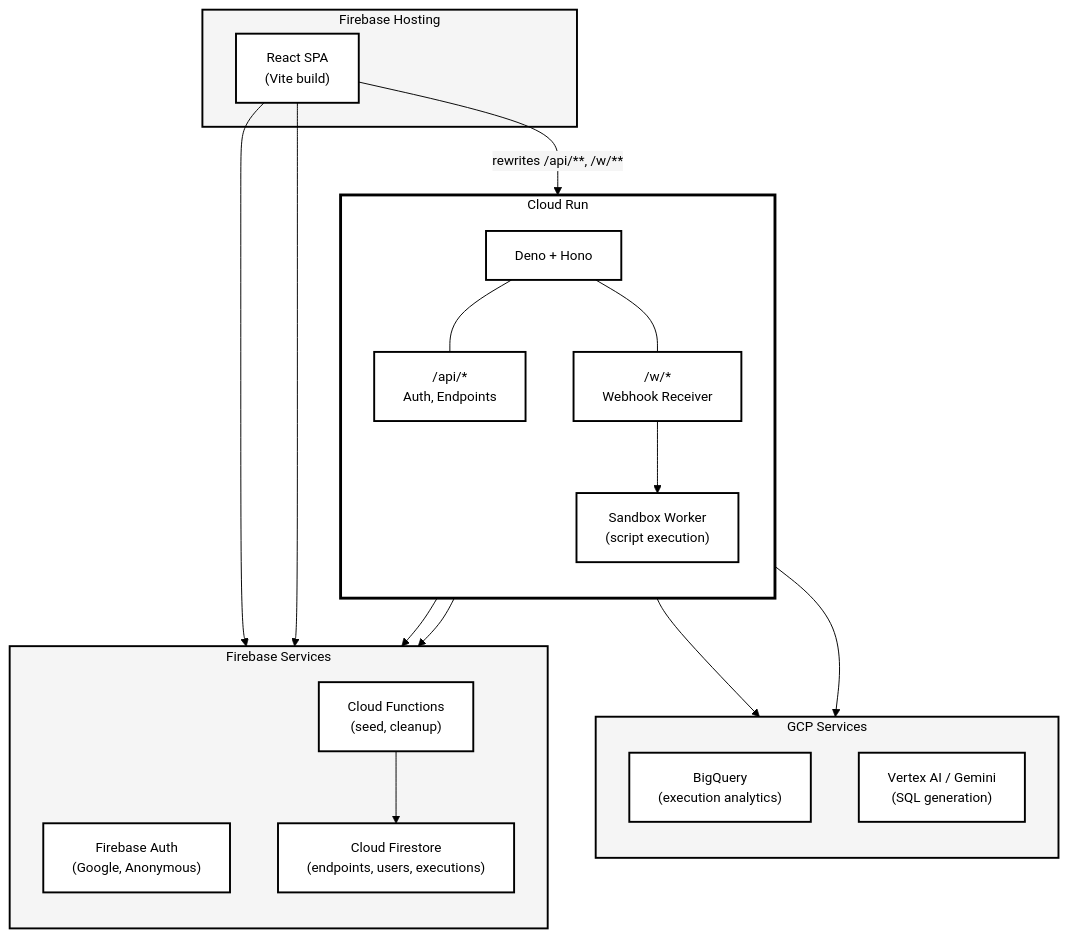
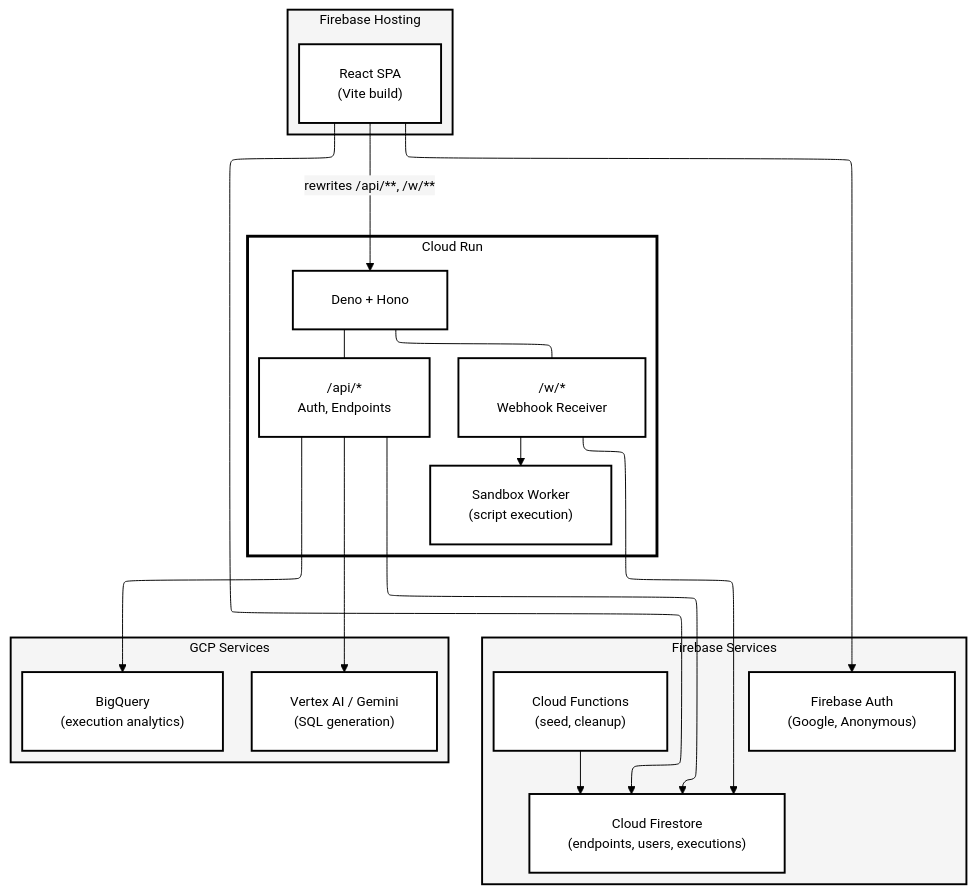
The diagram in diagrams/01-system-overview.mmd (poly-glot/hooklab), drawn with Mermaid before and after one commit. The commit also changed 6 other files, not shown here.

Commit message:
docs: fix diagrams [skip ci]

```diff
--- a/diagrams/01-system-overview.mmd
+++ b/diagrams/01-system-overview.mmd
@@ -1,54 +1,72 @@
-%%{init: {'theme': 'base', 'themeVariables': {'primaryColor': '#ffffff', 'primaryTextColor': '#000000', 'primaryBorderColor': '#000000', 'lineColor': '#000000', 'secondaryColor': '#f5f5f5', 'tertiaryColor': '#ffffff', 'fontFamily': 'Arial', 'fontSize': '14px'}, 'themeCSS': '.edgePath .path { stroke-width: 3px !important; } .flowchart-link { stroke-width: 3px !important; } .marker { stroke-width: 2px !important; } .arrowMarkerPath { stroke-width: 2px !important; }'}}%%
+---
+config:
+  layout: elk
+  theme: base
+  themeVariables:
+    primaryColor: '#ffffff'
+    primaryTextColor: '#000000'
+    primaryBorderColor: '#000000'
+    lineColor: '#000000'
+    secondaryColor: '#f5f5f5'
+    tertiaryColor: '#ffffff'
+    fontFamily: Arial
+    fontSize: 14px
+  flowchart:
+    nodeSpacing: 60
+    rankSpacing: 90
+    padding: 20
+  themeCSS: '.edgePath .path { stroke-width: 3px !important; } .flowchart-link { stroke-width: 3px !important; } .marker { stroke-width: 2px !important; } .arrowMarkerPath { stroke-width: 2px !important; }'
+---
 
 flowchart TB
     subgraph Hosting["Firebase Hosting"]
         SPA["React SPA\n(Vite build)"]
     end
 
     subgraph CloudRun["Cloud Run"]
         direction TB
         Deno["Deno + Hono"]
         API["/api/*\nAuth, Endpoints"]
         Webhook["/w/*\nWebhook Receiver"]
         Sandbox["Sandbox Worker\n(script execution)"]
         Deno --- API
         Deno --- Webhook
         Webhook --> Sandbox
     end
 
     subgraph Firebase["Firebase Services"]
         direction TB
         Auth["Firebase Auth\n(Google, Anonymous)"]
         Firestore["Cloud Firestore\n(endpoints, users, executions)"]
         Functions["Cloud Functions\n(seed, cleanup)"]
     end
 
     subgraph GCP["GCP Services"]
         direction TB
         BigQuery["BigQuery\n(execution analytics)"]
         Gemini["Vertex AI / Gemini\n(SQL generation)"]
     end
 
     SPA -->|"rewrites /api/**, /w/**"| Deno
     SPA --> Auth
     SPA --> Firestore
     API --> Firestore
     Webhook --> Firestore
     Functions --> Firestore
     API --> BigQuery
     API --> Gemini
 
     style Hosting fill:#f5f5f5,stroke:#000,stroke-width:2px,color:#000
     style CloudRun fill:#fff,stroke:#000,stroke-width:3px,color:#000
     style Firebase fill:#f5f5f5,stroke:#000,stroke-width:2px,color:#000
     style GCP fill:#f5f5f5,stroke:#000,stroke-width:2px,color:#000
     style SPA fill:#fff,stroke:#000,stroke-width:2px,color:#000
     style Deno fill:#fff,stroke:#000,stroke-width:2px,color:#000
     style API fill:#fff,stroke:#000,stroke-width:2px,color:#000
     style Webhook fill:#fff,stroke:#000,stroke-width:2px,color:#000
     style Sandbox fill:#fff,stroke:#000,stroke-width:2px,color:#000
     style Auth fill:#fff,stroke:#000,stroke-width:2px,color:#000
     style Firestore fill:#fff,stroke:#000,stroke-width:2px,color:#000
     style Functions fill:#fff,stroke:#000,stroke-width:2px,color:#000
     style BigQuery fill:#fff,stroke:#000,stroke-width:2px,color:#000
     style Gemini fill:#fff,stroke:#000,stroke-width:2px,color:#000
```
